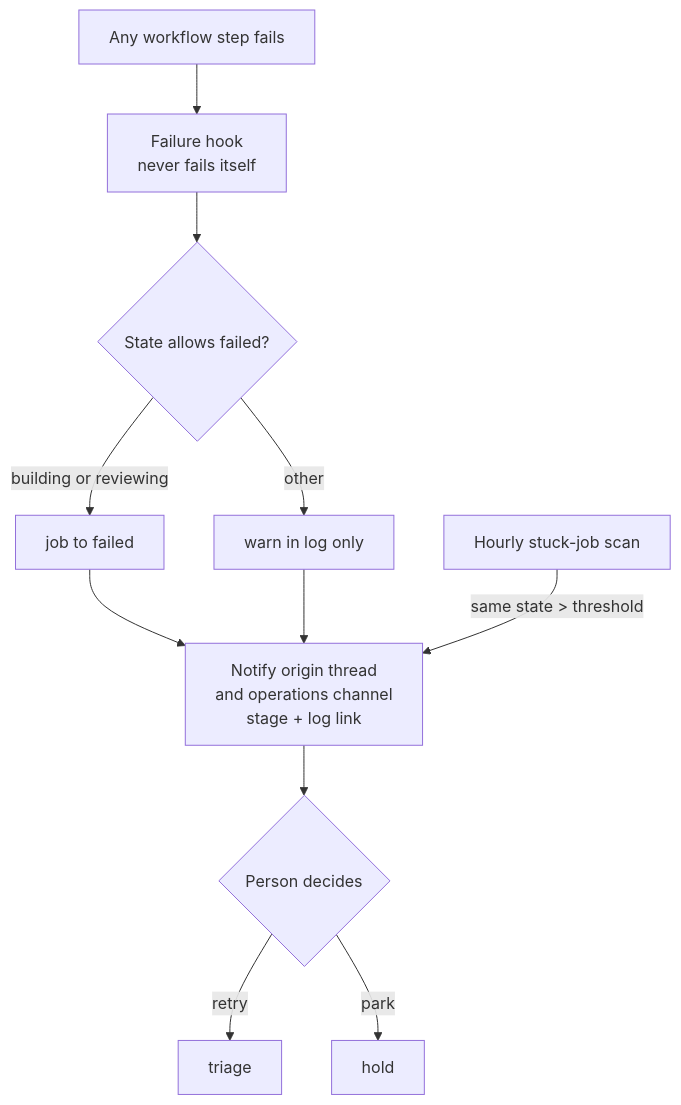
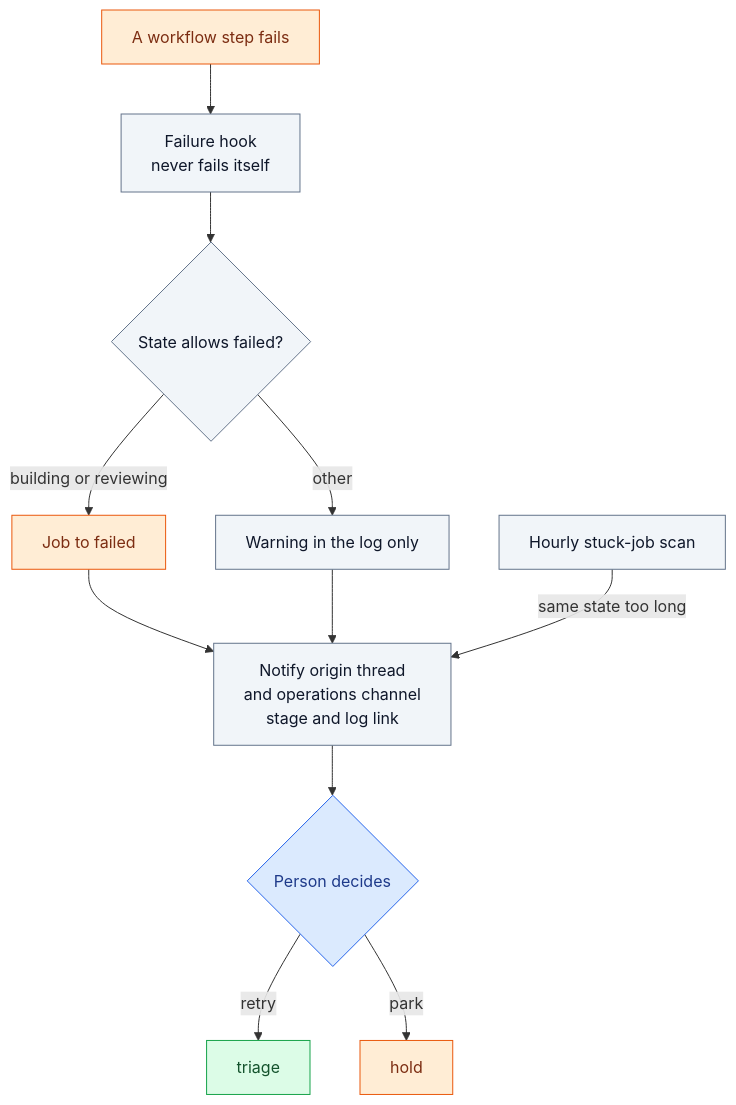
Before and after one commit to icelink-ai/software-factory-manifesto: the diagram in docs/02-deterministic-spine/failure-handling.md, drawn with Mermaid. The commit also changed other lines of this file and 73 other files, not shown here.

````diff
--- a/docs/02-deterministic-spine/failure-handling.md
+++ b/docs/02-deterministic-spine/failure-handling.md
@@ -30,13 +40,18 @@
 ```mermaid
 flowchart TD
-    W[Any workflow step fails] --> H["Failure hook<br/>never fails itself"]
-    H --> T{"State allows failed?"}
-    T -->|"building or reviewing"| F[job to failed]
-    T -->|other| L["warn in log only"]
-    F --> N["Notify origin thread<br/>and operations channel<br/>stage + log link"]
+    W["A workflow step fails"]:::stop --> H["Failure hook<br/>never fails itself"]:::script
+    H --> T{"State allows failed?"}:::script
+    T -->|"building or reviewing"| F["Job to failed"]:::stop
+    T -->|other| L["Warning in the log only"]:::script
+    F --> N["Notify origin thread<br/>and operations channel<br/>stage and log link"]:::script
     L --> N
-    N --> P{"Person decides"}
-    P -->|retry| TR[triage]
-    P -->|park| HO[hold]
-    SJ["Hourly stuck-job scan"] -->|"same state > threshold"| N
+    N --> P{"Person decides"}:::person
+    P -->|retry| TR["triage"]:::state
+    P -->|park| HO["hold"]:::stop
+    SJ["Hourly stuck-job scan"]:::script -->|"same state too long"| N
+    classDef person fill:#dbeafe,stroke:#2563eb,color:#1e3a8a
+    classDef script fill:#f1f5f9,stroke:#64748b,color:#0f172a
+    classDef agent fill:#ede9fe,stroke:#7c3aed,color:#4c1d95
+    classDef state fill:#dcfce7,stroke:#16a34a,color:#14532d
+    classDef stop fill:#ffedd5,stroke:#ea580c,color:#7c2d12
 ```
````
